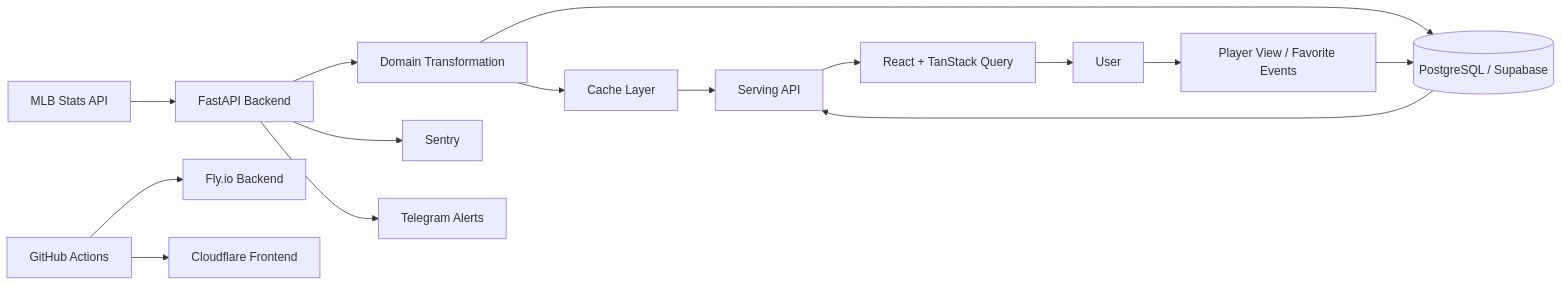
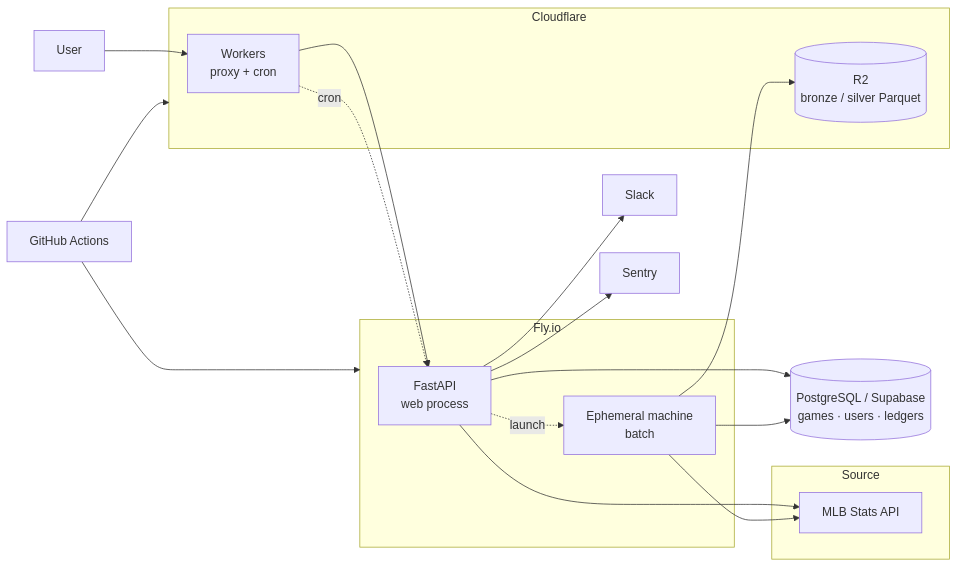
The diagram in README.md (cow-coding/sport-data-hub-showcase), drawn with Mermaid before and after one commit. The commit also changed other lines of this file and 5 other files, not shown here.

````diff
--- a/README.md
+++ b/README.md
@@ -37,20 +42,31 @@
 ```mermaid
 flowchart LR
-    A[MLB Stats API] --> B[FastAPI Backend]
-    B --> C[Domain Transformation]
-    C --> D[Cache Layer]
-    C --> E[(PostgreSQL / Supabase)]
-    D --> F[Serving API]
-    E --> F
-    F --> G[React + TanStack Query]
-    G --> H[User]
+    subgraph Source
+        MLB[MLB Stats API]
+    end
 
-    H --> I[Player View / Favorite Events]
-    I --> E
+    subgraph Edge["Cloudflare"]
+        Worker[Workers<br/>proxy + cron]
+        R2[(R2<br/>bronze / silver Parquet)]
+    end
 
-    B --> J[Sentry]
-    B --> K[Telegram Alerts]
+    subgraph Fly["Fly.io"]
+        API[FastAPI<br/>web process]
+        Job[Ephemeral machine<br/>batch]
+    end
 
-    L[GitHub Actions] --> M[Fly.io Backend]
-    L --> N[Cloudflare Frontend]
+    PG[(PostgreSQL / Supabase<br/>games · users · ledgers)]
+
+    User --> Worker --> API
+    API --> MLB
+    API --> PG
+    Worker -.cron.-> API -.launch.-> Job
+    Job --> MLB
+    Job --> PG
+    Job --> R2
+
+    API --> Slack
+    API --> Sentry
+    GH[GitHub Actions] --> Fly
+    GH --> Edge
 ```
````
